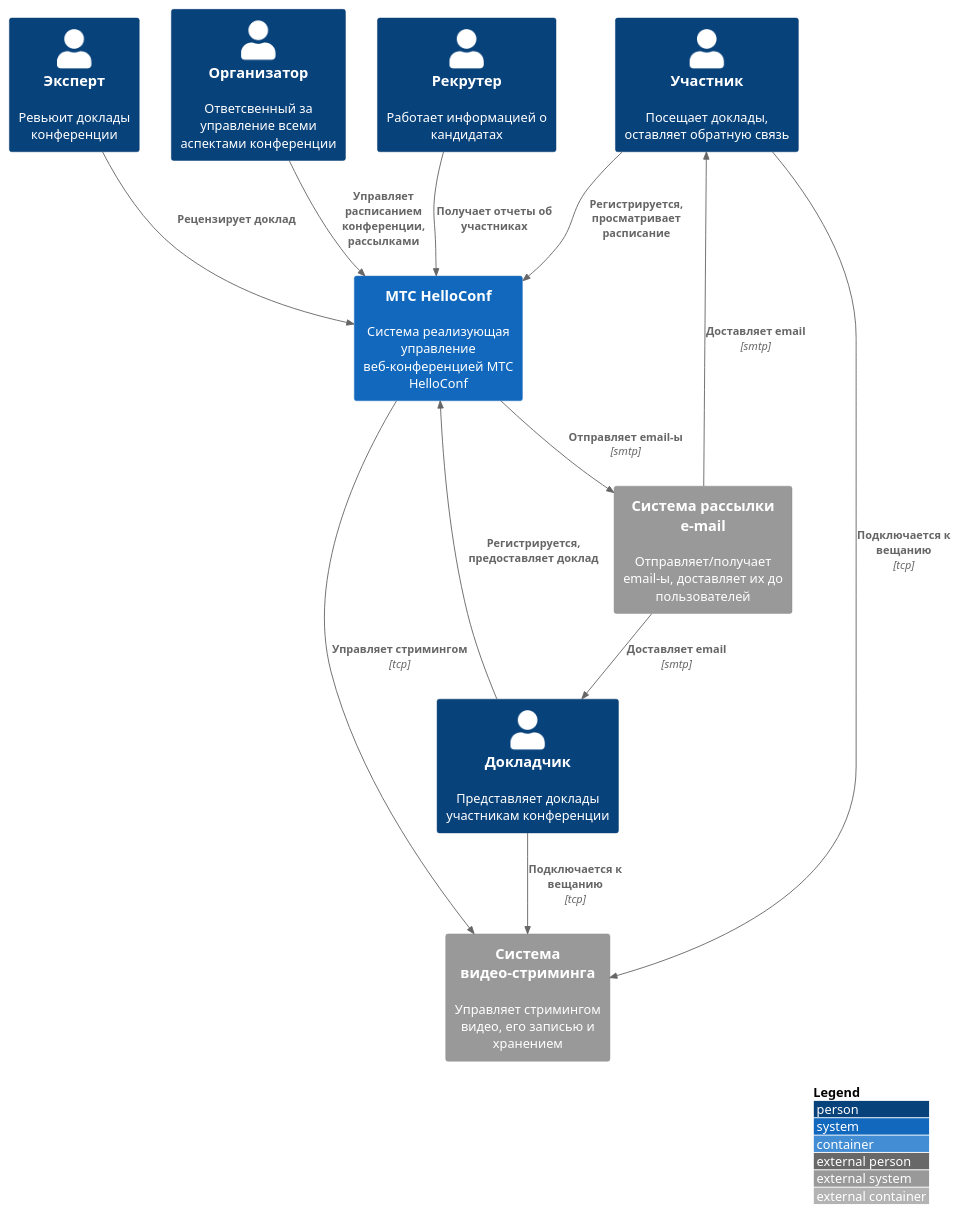
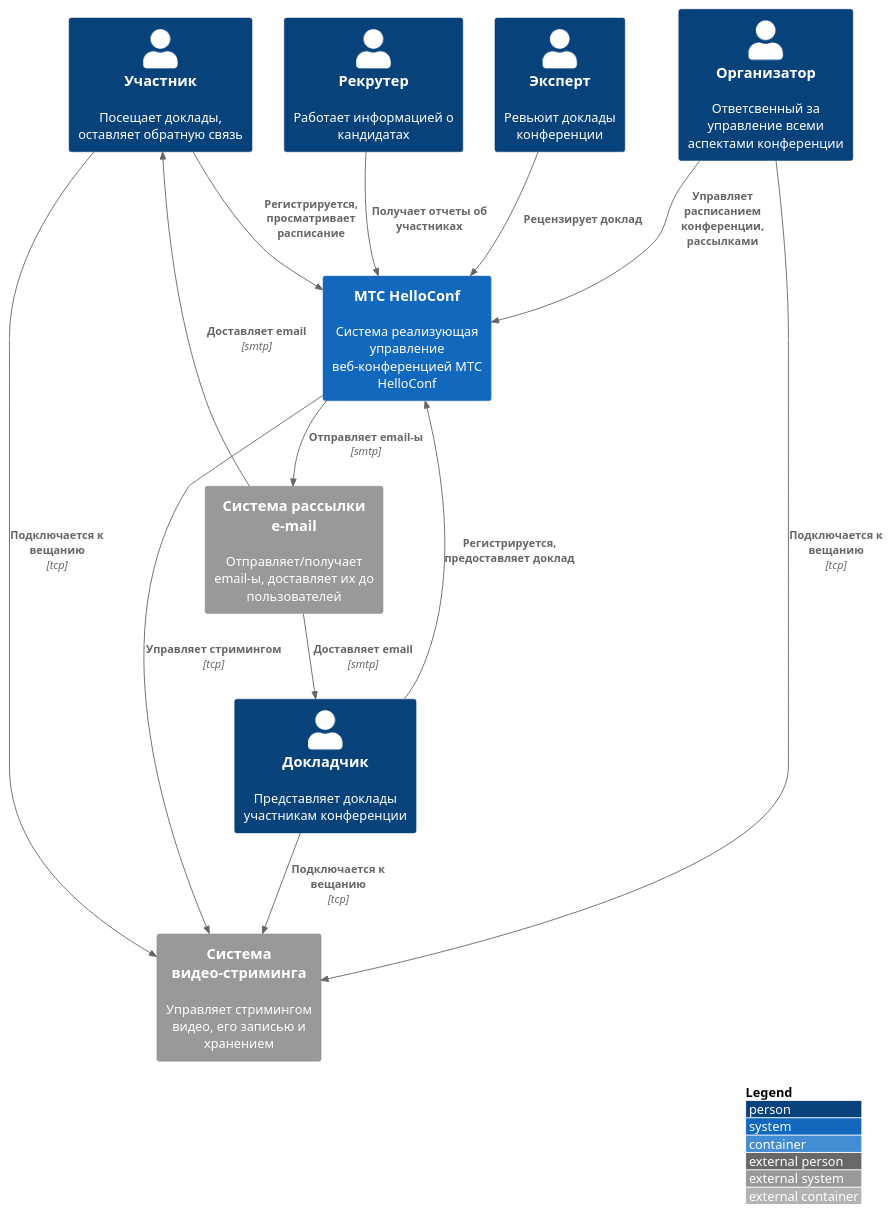
One commit to karpoftea/mts-arch-school changed the diagram in docs/context/context.md. Above: the diagram before and after it, drawn with PlantUML. The commit also changed 1 other file, not shown here.

Commit message:
Add quality attributes

````diff
--- a/docs/context/context.md
+++ b/docs/context/context.md
@@ -5,31 +5,33 @@
 ```plantuml
 @startuml
 !include https://raw.githubusercontent.com/plantuml-stdlib/C4-PlantUML/master/C4_Container.puml
 
 LAYOUT_WITH_LEGEND()
 
 Person(participant, "Участник", "Посещает доклады, оставляет обратную связь")
 Person(reporter, "Докладчик", "Представляет доклады участникам конференции")
 Person(export, "Эксперт", "Ревьюит доклады конференции")
 Person(organizer, "Организатор", "Ответсвенный за управление всеми аспектами конференции")
 Person(recruter, "Рекрутер", "Работает информацией о кандидатах")
 
 System(confsys, "МТС HelloConf", "Система реализующая управление веб-конференцией МТС HelloConf")
 
 System_Ext(emailsys, "Система рассылки e-mail", "Отправляет/получает email-ы, доставляет их до пользователей")
 System_Ext(vspsys, "Система видео-стриминга", "Управляет стримингом видео, его записью и хранением")
 
 Rel(participant, confsys, "Регистрируется, просматривает расписание")
 Rel(reporter, confsys,  "Регистрируется, предоставляет доклад")
 Rel(export, confsys,  "Рецензирует доклад")
 Rel(organizer, confsys,  "Управляет расписанием конференции, рассылками")
 Rel(recruter, confsys,  "Получает отчеты об участниках")
 
 Rel(confsys, emailsys, "Отправляет email-ы", "smtp")
 Rel(confsys, vspsys, "Управляет стримингом", "tcp")
 Rel(participant, vspsys, "Подключается к вещанию", "tcp")
 Rel(reporter, vspsys, "Подключается к вещанию", "tcp")
+Rel(organizer, vspsys, "Подключается к вещанию", "tcp")
 Rel(emailsys, participant, "Доставляет email", "smtp")
 Rel(emailsys, reporter, "Доставляет email", "smtp")
+
 @enduml
 ```
````
